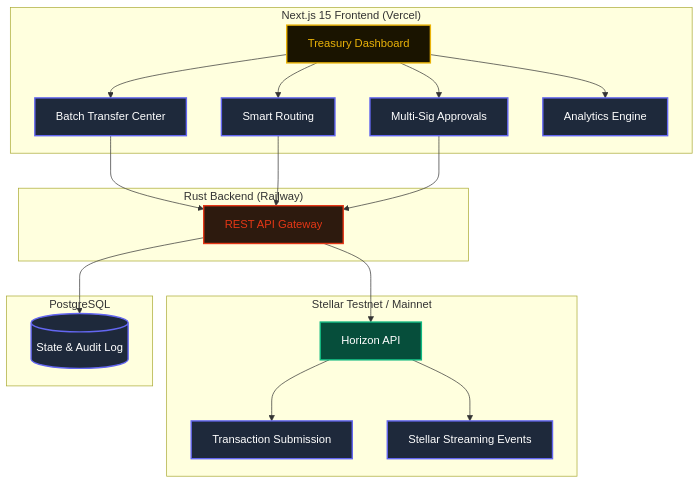
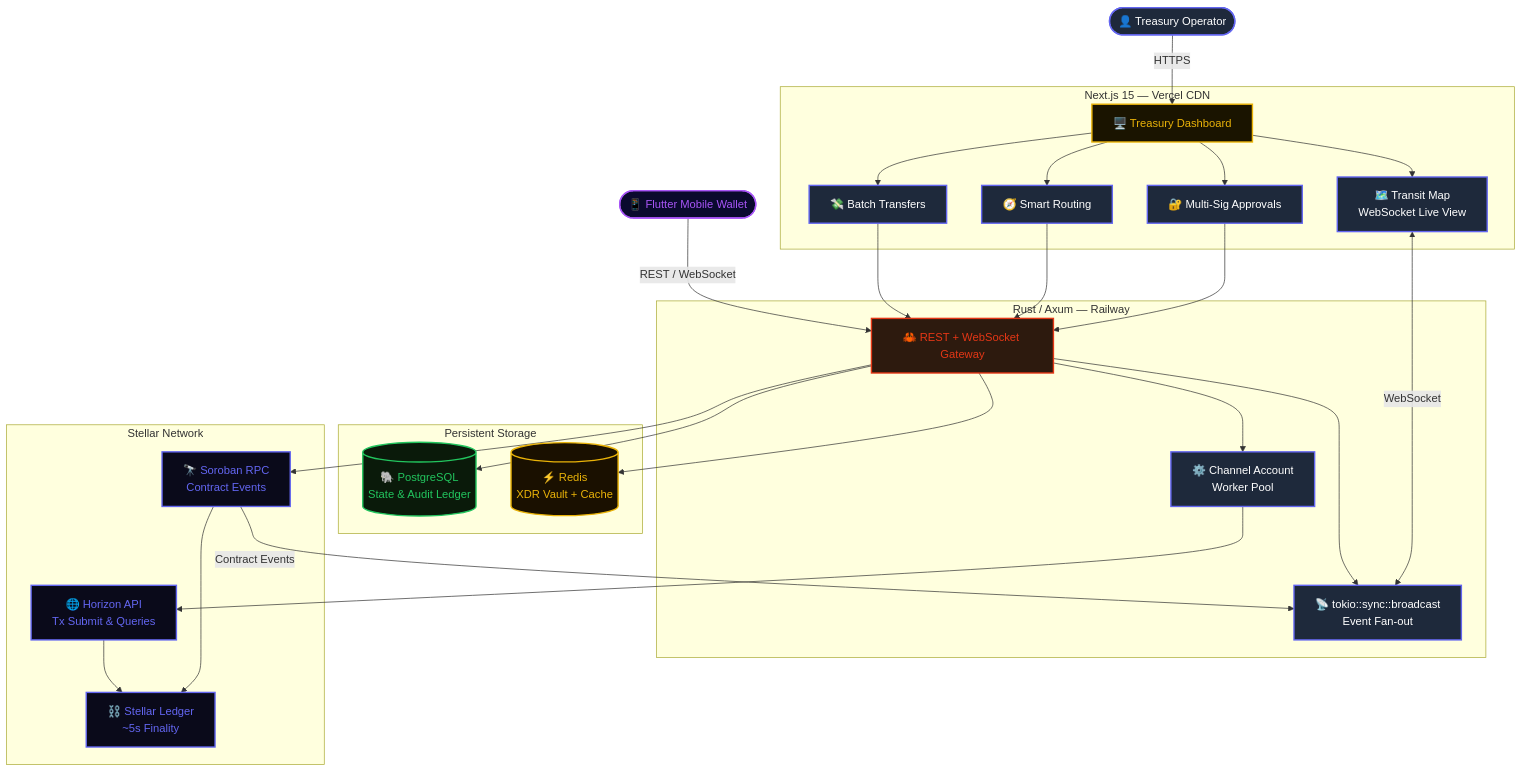
The first of 7 diagrams in README.md (Be-bibek/StellarFlow), drawn with Mermaid before and after one commit. The commit also changed other lines of this file and 6 other files, not shown here.

Commit message:
docs: Finalize L1-L3 project architecture, SVGs, and README

````diff
--- a/README.md
+++ b/README.md
@@ -119,32 +151,52 @@
 ```mermaid
 flowchart TD
     classDef default fill:#1E293B,stroke:#6366f1,stroke-width:2px,color:#fff;
-    classDef gold fill:#1a1400,stroke:#eab308,stroke-width:2px,color:#eab308;
-    classDef action fill:#064E3B,stroke:#10B981,stroke-width:2px,color:#fff;
-    classDef rust fill:#2d1a0e,stroke:#E43716,stroke-width:2px,color:#E43716;
+    classDef gold    fill:#1a1400,stroke:#eab308,stroke-width:2px,color:#eab308;
+    classDef action  fill:#064E3B,stroke:#10B981,stroke-width:2px,color:#fff;
+    classDef rust    fill:#2d1a0e,stroke:#E43716,stroke-width:2px,color:#E43716;
+    classDef db      fill:#0a1a0a,stroke:#22c55e,stroke-width:2px,color:#22c55e;
+    classDef cache   fill:#1a1000,stroke:#eab308,stroke-width:2px,color:#eab308;
+    classDef chain   fill:#0a0a1a,stroke:#6366f1,stroke-width:2px,color:#6366f1;
+    classDef mobile  fill:#0a0a2e,stroke:#a855f7,stroke-width:2px,color:#a855f7;
 
-    subgraph Frontend ["Next.js 15 Frontend (Vercel)"]
-        UI[Treasury Dashboard]:::gold
-        UI --> B[Batch Transfer Center]
-        UI --> S[Smart Routing]
-        UI --> M[Multi-Sig Approvals]
-        UI --> A[Analytics Engine]
+    User(["👤 Treasury Operator"])
+    Mobile(["📱 Flutter Mobile Wallet"]):::mobile
+
+    subgraph Frontend ["Next.js 15 — Vercel CDN"]
+        UI["🖥️ Treasury Dashboard"]:::gold
+        TM["🗺️ Transit Map\nWebSocket Live View"]
+        UI --> B["💸 Batch Transfers"]
+        UI --> S["🧭 Smart Routing"]
+        UI --> M["🔐 Multi-Sig Approvals"]
+        UI --> TM
     end
 
-    subgraph Backend ["Rust Backend (Railway)"]
-        API[REST API Gateway]:::rust
-        B --> API
-        S --> API
-        M --> API
+    subgraph Backend ["Rust / Axum — Railway"]
+        API["🦀 REST + WebSocket Gateway"]:::rust
+        WS["📡 tokio::sync::broadcast\nEvent Fan-out"]
+        POOL["⚙️ Channel Account\nWorker Pool"]
+        API --> WS
+        API --> POOL
     end
 
-    subgraph Blockchain ["Stellar Testnet / Mainnet"]
-        API --> H[Horizon API]:::action
-        H --> TX[Transaction Submission]
-        H --> SS[Stellar Streaming Events]
+    subgraph Storage ["Persistent Storage"]
+        PG[("🐘 PostgreSQL\nState & Audit Ledger")]:::db
+        RD[("⚡ Redis\nXDR Vault + Cache")]:::cache
     end
 
-    subgraph DB ["PostgreSQL"]
-        API --> PG[(State & Audit Log)]
+    subgraph Blockchain ["Stellar Network"]
+        HZ["🌐 Horizon API\nTx Submit & Queries"]:::chain
+        RPC["🔭 Soroban RPC\nContract Events"]:::chain
+        NET["⛓️ Stellar Ledger\n~5s Finality"]:::chain
     end
+
+    User -->|"HTTPS"| UI
+    Mobile -->|"REST / WebSocket"| API
+    B & S & M --> API
+    TM <-->|"WebSocket"| WS
+    API --> PG & RD
+    POOL --> HZ
+    API --> RPC
+    HZ & RPC --> NET
+    RPC -->|"Contract Events"| WS
 ```
````
